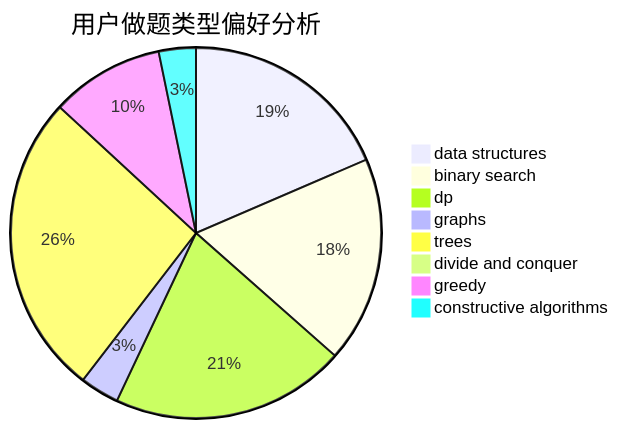
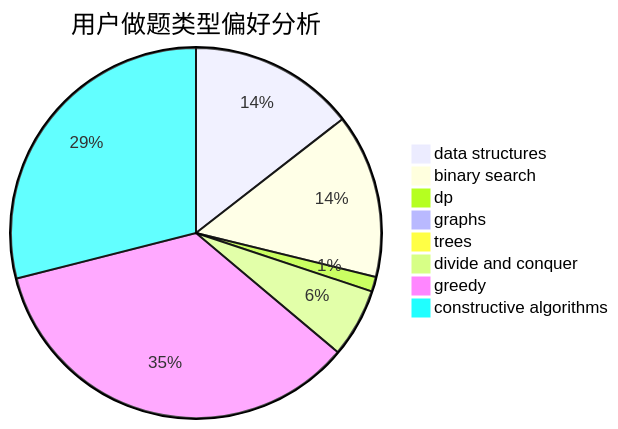
One commit to sherpahu/cfrs.github.io changed the second of 3 diagrams in docs/user/u937.md. Above: the diagram before and after it, drawn with Mermaid. The commit also changed other lines of this file and 2770 other files, not shown here.

````diff
--- a/docs/user/u937.md
+++ b/docs/user/u937.md
@@ -23,11 +23,11 @@
 ```mermaid
 pie title 用户做题类型偏好分析
-    "data structures" :  103
-    "binary search" :  100
-    "dp" :  114
-    "graphs" :  19
-    "trees" :  147
-    "divide and conquer" :  0
-    "greedy" :  55
-    "constructive algorithms" :  18
+    "data structures" :  214
+    "binary search" :  212
+    "dp" :  19
+    "graphs" :  1
+    "trees" :  3
+    "divide and conquer" :  89
+    "greedy" :  516
+    "constructive algorithms" :  428
 ```
````
